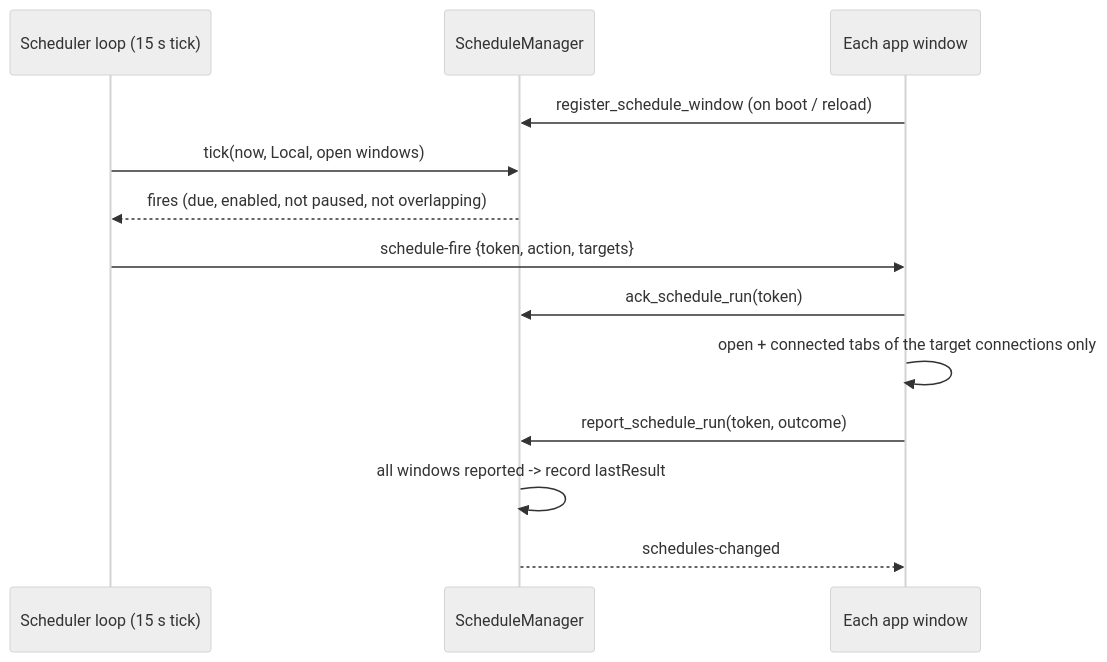
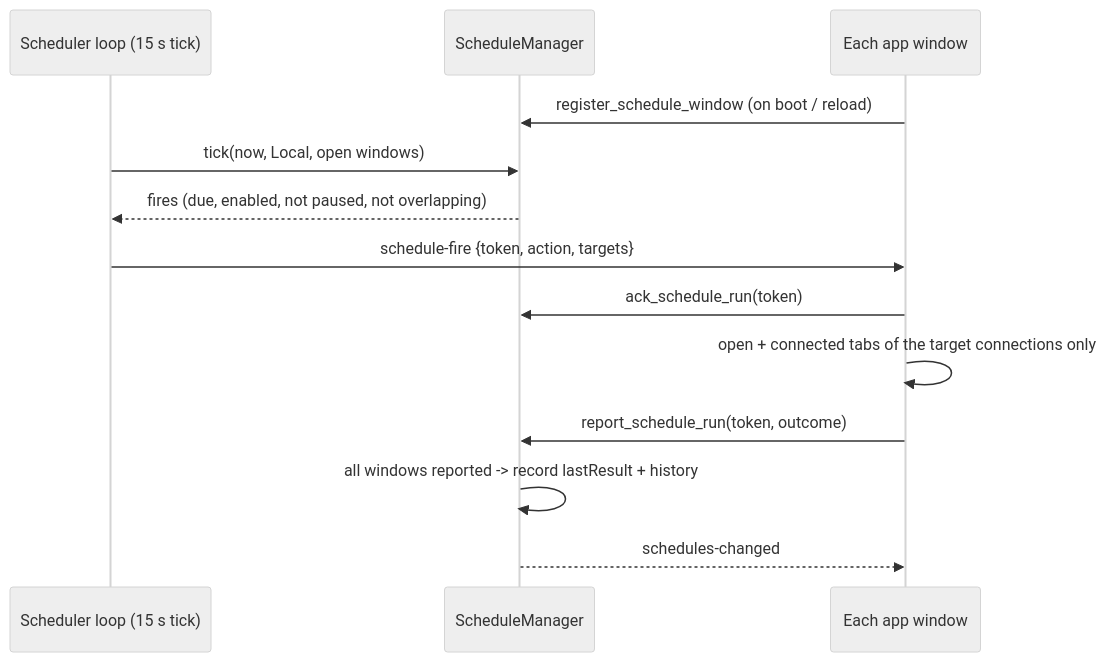
Before and after one commit to armaxri/termiHub: diagram 27 of 33 in docs/architecture.md, drawn with Mermaid (neutral theme). The commit also changed other lines of this file and 10 other files, not shown here.

````diff
--- a/docs/architecture.md
+++ b/docs/architecture.md
@@ -1261,15 +1261,15 @@
 ```mermaid
 sequenceDiagram
     participant L as Scheduler loop (15 s tick)
     participant M as ScheduleManager
     participant W as Each app window
     W->>M: register_schedule_window (on boot / reload)
     L->>M: tick(now, Local, open windows)
     M-->>L: fires (due, enabled, not paused, not overlapping)
     L->>W: schedule-fire {token, action, targets}
     W->>M: ack_schedule_run(token)
     W->>W: open + connected tabs of the target connections only
     W->>M: report_schedule_run(token, outcome)
-    M->>M: all windows reported -> record lastResult
+    M->>M: all windows reported -> record lastResult + history
     M-->>W: schedules-changed
 ```
````
